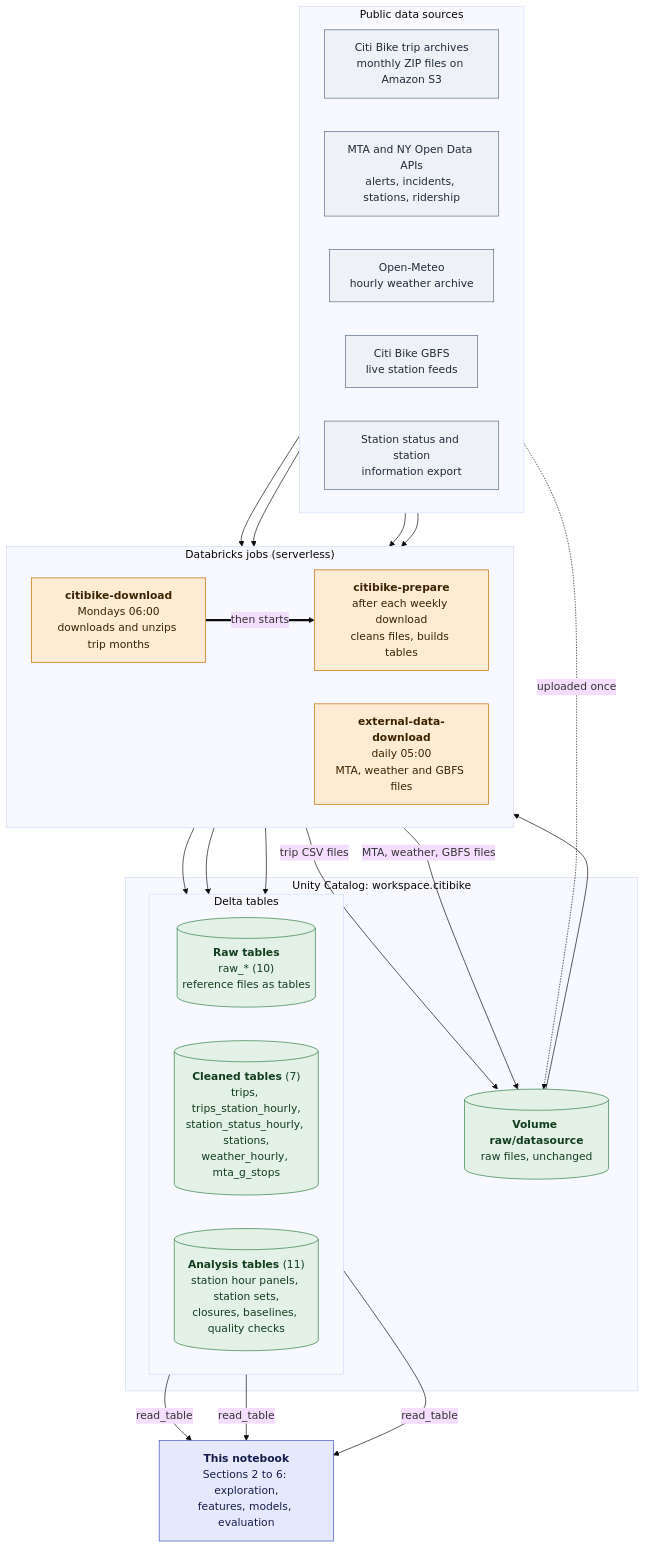
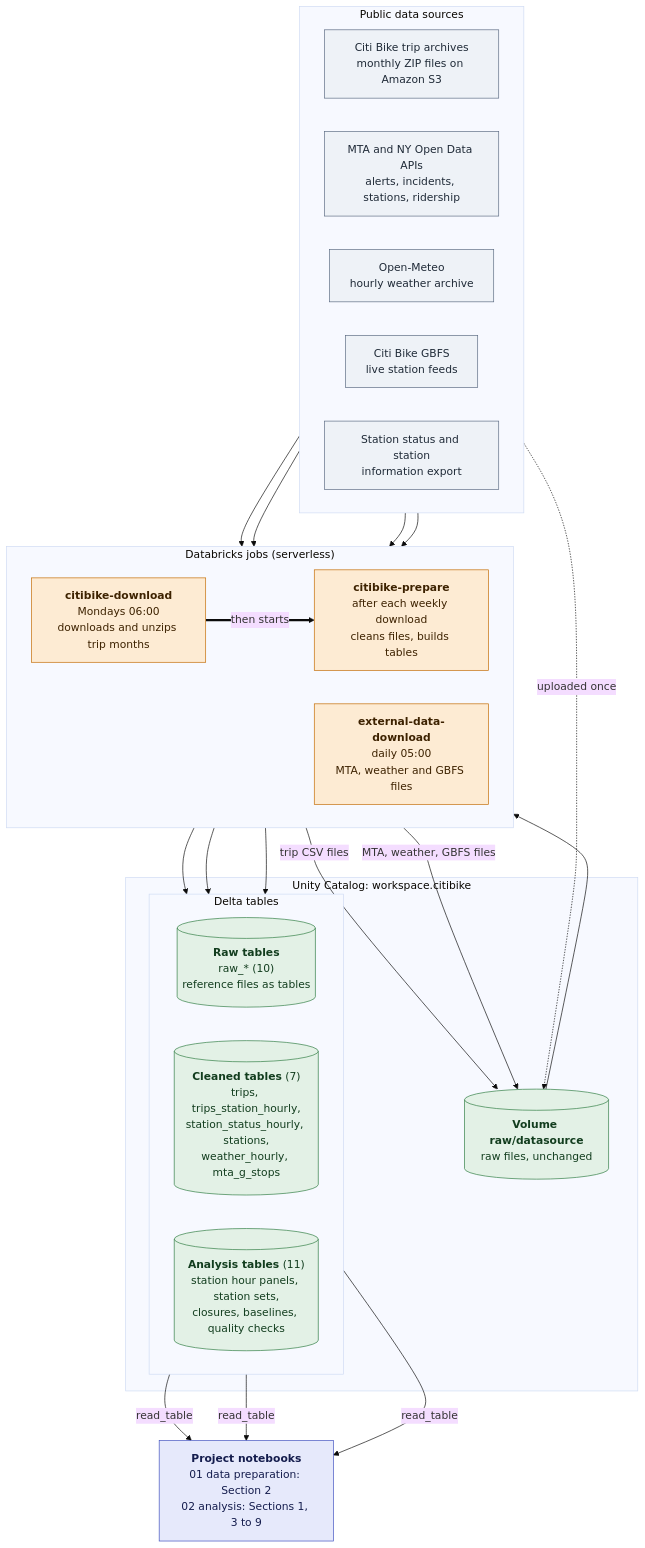
Before and after one commit to alinsimon/data622_nyc_bikes_project: the diagram in README.md, drawn with Mermaid (base theme). The commit also changed other lines of this file and 10 other files, not shown here.

````diff
--- a/README.md
+++ b/README.md
@@ -32,55 +38,55 @@
 ```mermaid
 flowchart TB
     subgraph SRC["Public data sources"]
         direction LR
         S1["Citi Bike trip archives<br/>monthly ZIP files on Amazon S3"]
         S2["MTA and NY Open Data APIs<br/>alerts, incidents, stations, ridership"]
         S3["Open-Meteo<br/>hourly weather archive"]
         S4["Citi Bike GBFS<br/>live station feeds"]
         S5["Station status and station<br/>information export"]
     end
 
     subgraph JOBS["Databricks jobs (serverless)"]
         direction LR
         J1["<b>citibike-download</b><br/>Mondays 06:00<br/>downloads and unzips trip months"]
         J2["<b>external-data-download</b><br/>daily 05:00<br/>MTA, weather and GBFS files"]
         J3["<b>citibike-prepare</b><br/>after each weekly download<br/>cleans files, builds tables"]
     end
 
     subgraph UC["Unity Catalog: workspace.citibike"]
         V[("<b>Volume raw/datasource</b><br/>raw files, unchanged")]
         subgraph TABLES["Delta tables"]
             direction LR
             T1[("<b>Raw tables</b><br/>raw_* (10)<br/>reference files as tables")]
             T2[("<b>Cleaned tables</b> (7)<br/>trips, trips_station_hourly,<br/>station_status_hourly, stations,<br/>weather_hourly, mta_g_stops")]
             T3[("<b>Analysis tables</b> (11)<br/>station hour panels, station sets,<br/>closures, baselines, quality checks")]
         end
     end
 
-    NB["<b>This notebook</b><br/>Sections 2 to 6: exploration,<br/>features, models, evaluation"]
+    NB["<b>Project notebooks</b><br/>01 data preparation: Section 2<br/>02 analysis: Sections 1, 3 to 9"]
 
     S1 --> J1
     S2 --> J2
     S3 --> J2
     S4 --> J2
     S5 -.->|uploaded once| V
     J1 -->|trip CSV files| V
     J2 -->|MTA, weather, GBFS files| V
     J1 ==>|then starts| J3
     V --> J3
     J3 --> T1
     J3 --> T2
     J3 --> T3
     T1 -->|read_table| NB
     T2 -->|read_table| NB
     T3 -->|read_table| NB
 
     classDef source fill:#eef2f7,stroke:#5b6b82,color:#1f2a37
     classDef job fill:#fdebd3,stroke:#c26a00,color:#3d2200
     classDef storage fill:#e3f1e6,stroke:#2f7d43,color:#123d1e
     classDef consumer fill:#e6e9fb,stroke:#3f4fbf,color:#141c4d
     class S1,S2,S3,S4,S5 source
     class J1,J2,J3 job
     class V,T1,T2,T3 storage
     class NB consumer
 ```
````
